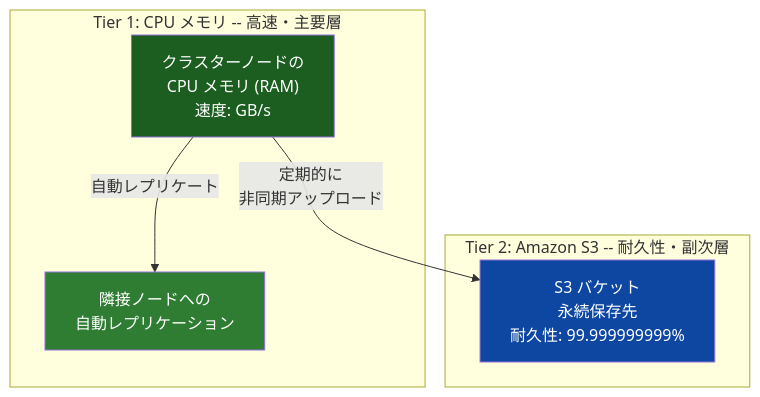
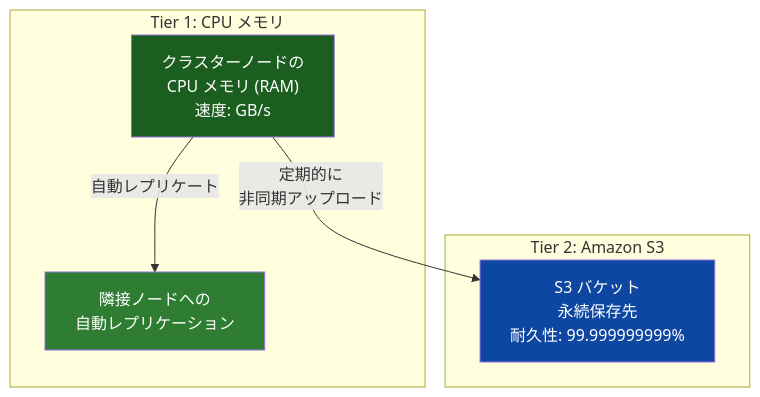
The second of 5 diagrams in articles/98e6a7acbac32e.md (littlemex/zenn), drawn with Mermaid before and after one commit. The commit also changed other lines of this file, not shown here.

````diff
--- a/articles/98e6a7acbac32e.md
+++ b/articles/98e6a7acbac32e.md
@@ -70,18 +68,18 @@
 ```mermaid
 graph TB
-    subgraph "Tier 1: CPU メモリ -- 高速・主要層"
+    subgraph "Tier 1: CPU メモリ"
         M1["クラスターノードの<br/>CPU メモリ (RAM)<br/>速度: GB/s"]
         M2["隣接ノードへの<br/>自動レプリケーション"]
     end
 
-    subgraph "Tier 2: Amazon S3 -- 耐久性・副次層"
+    subgraph "Tier 2: Amazon S3"
         S1["S3 バケット<br/>永続保存先<br/>耐久性: 99.999999999%"]
     end
 
     M1 -->|"自動レプリケート"| M2
     M1 -->|"定期的に<br/>非同期アップロード"| S1
 
     style M1 fill: #1b5e20,color: #ffffff
     style M2 fill: #2e7d32,color: #ffffff
     style S1 fill: #0d47a1,color: #ffffff
 ```
````
